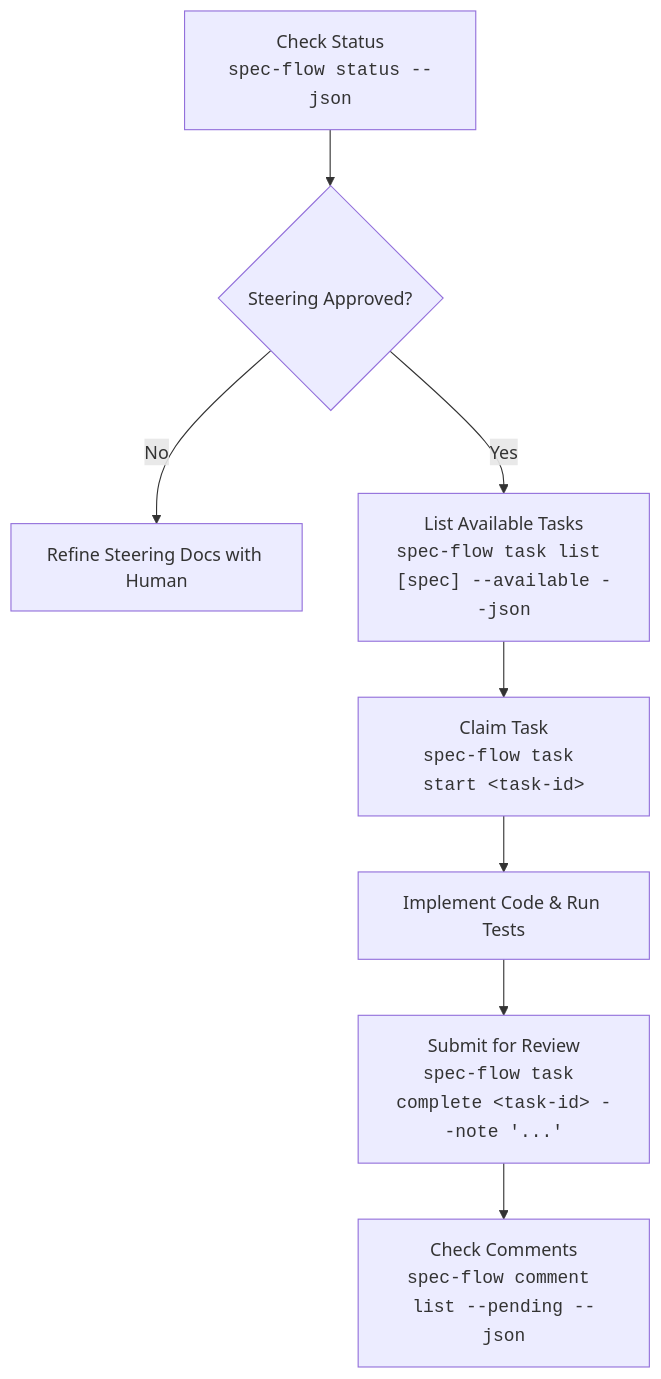
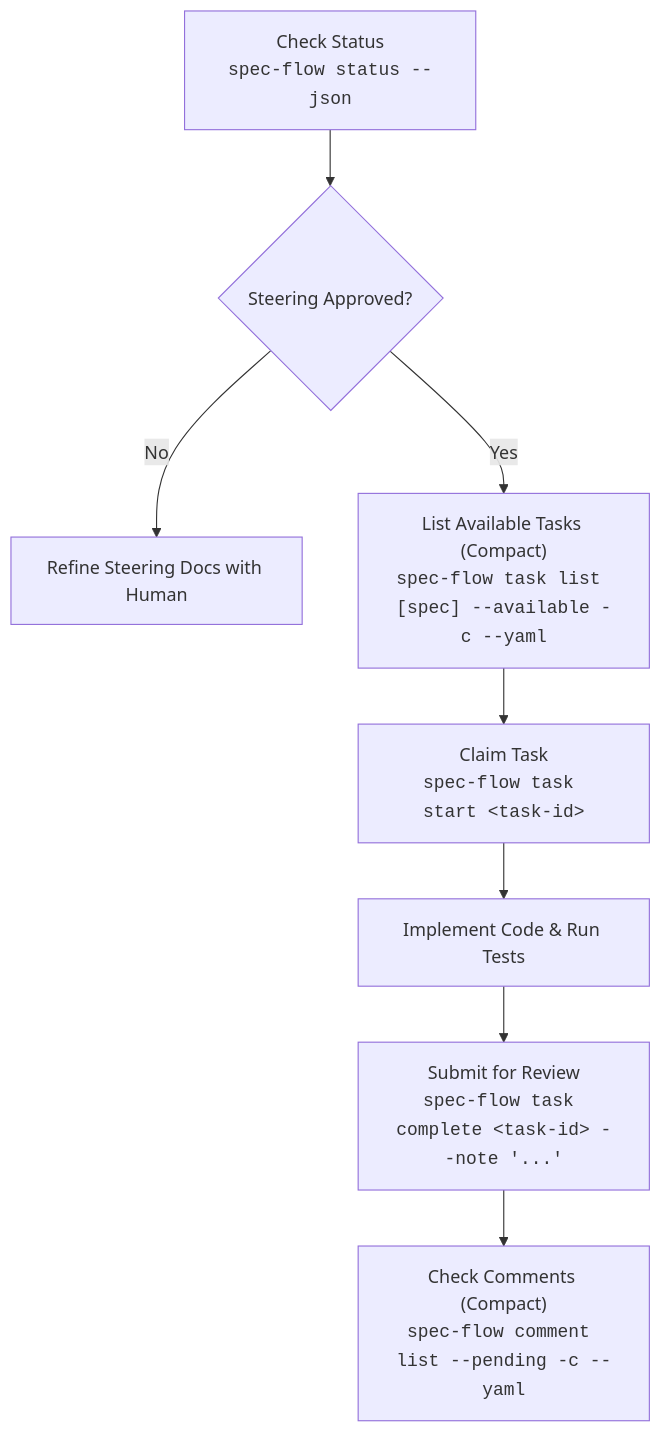
One commit to asaurabhprsas/spexy changed the diagram in skills/spec-flow/SKILL.md. Above: the diagram before and after it, drawn with Mermaid. The commit also changed other lines of this file and 1 other file, not shown here.

Commit message:
docs(skills): update spec-flow agent skill and cli reference with token-saving flags and doc command suite

````diff
--- a/skills/spec-flow/SKILL.md
+++ b/skills/spec-flow/SKILL.md
@@ -23,10 +38,10 @@
 ```mermaid
 flowchart TD
     S["Check Status<br/><code>spec-flow status --json</code>"] --> G{"Steering Approved?"}
     G -- No --> D["Refine Steering Docs with Human"]
-    G -- Yes --> L["List Available Tasks<br/><code>spec-flow task list [spec] --available --json</code>"]
+    G -- Yes --> L["List Available Tasks (Compact)<br/><code>spec-flow task list [spec] --available -c --yaml</code>"]
     L --> C["Claim Task<br/><code>spec-flow task start &lt;task-id&gt;</code>"]
     C --> I["Implement Code & Run Tests"]
     I --> Sub["Submit for Review<br/><code>spec-flow task complete &lt;task-id&gt; --note '...'</code>"]
-    Sub --> Chk["Check Comments<br/><code>spec-flow comment list --pending --json</code>"]
+    Sub --> Chk["Check Comments (Compact)<br/><code>spec-flow comment list --pending -c --yaml</code>"]
 ```
````
